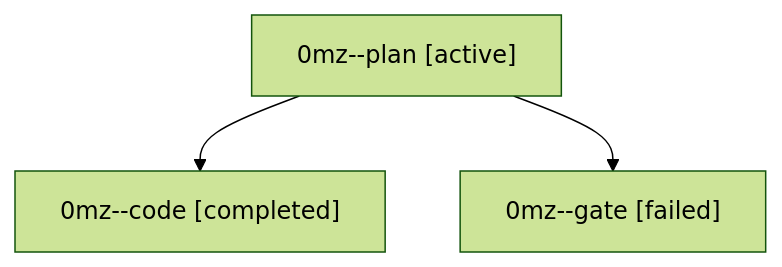
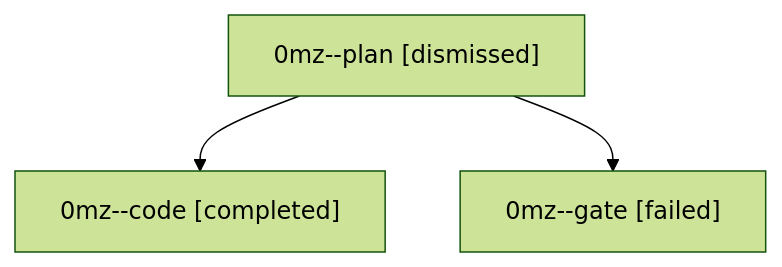
Before and after one commit to bobs-org/bob-cli--agents: the diagram in sessions/bbugyi200.athena.0mz.md, drawn with Mermaid (forest theme). The commit also changed other lines of this file and 33 other files, not shown here.

````diff
--- a/sessions/bbugyi200.athena.0mz.md
+++ b/sessions/bbugyi200.athena.0mz.md
@@ -9,8 +9,8 @@
 ```mermaid
 flowchart TD
-  n0["0mz--plan [active]"]
+  n0["0mz--plan [dismissed]"]
   n1["0mz--code [completed]"]
   n0 --> n1
   n2["0mz--gate [failed]"]
   n0 --> n2
 ```
````
